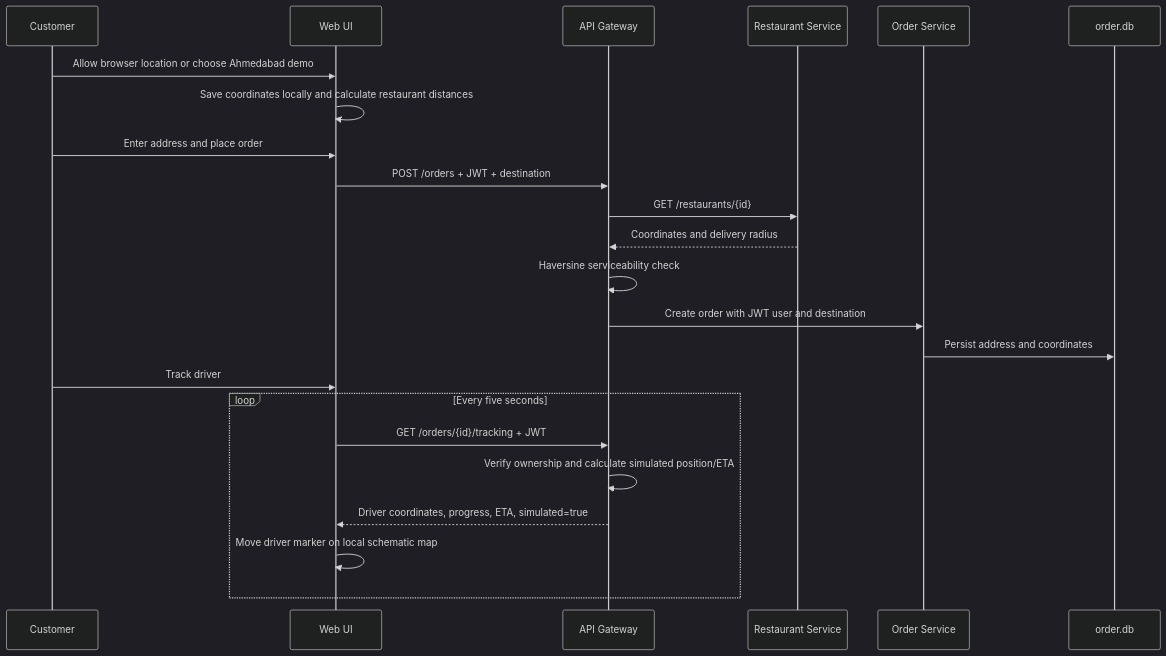
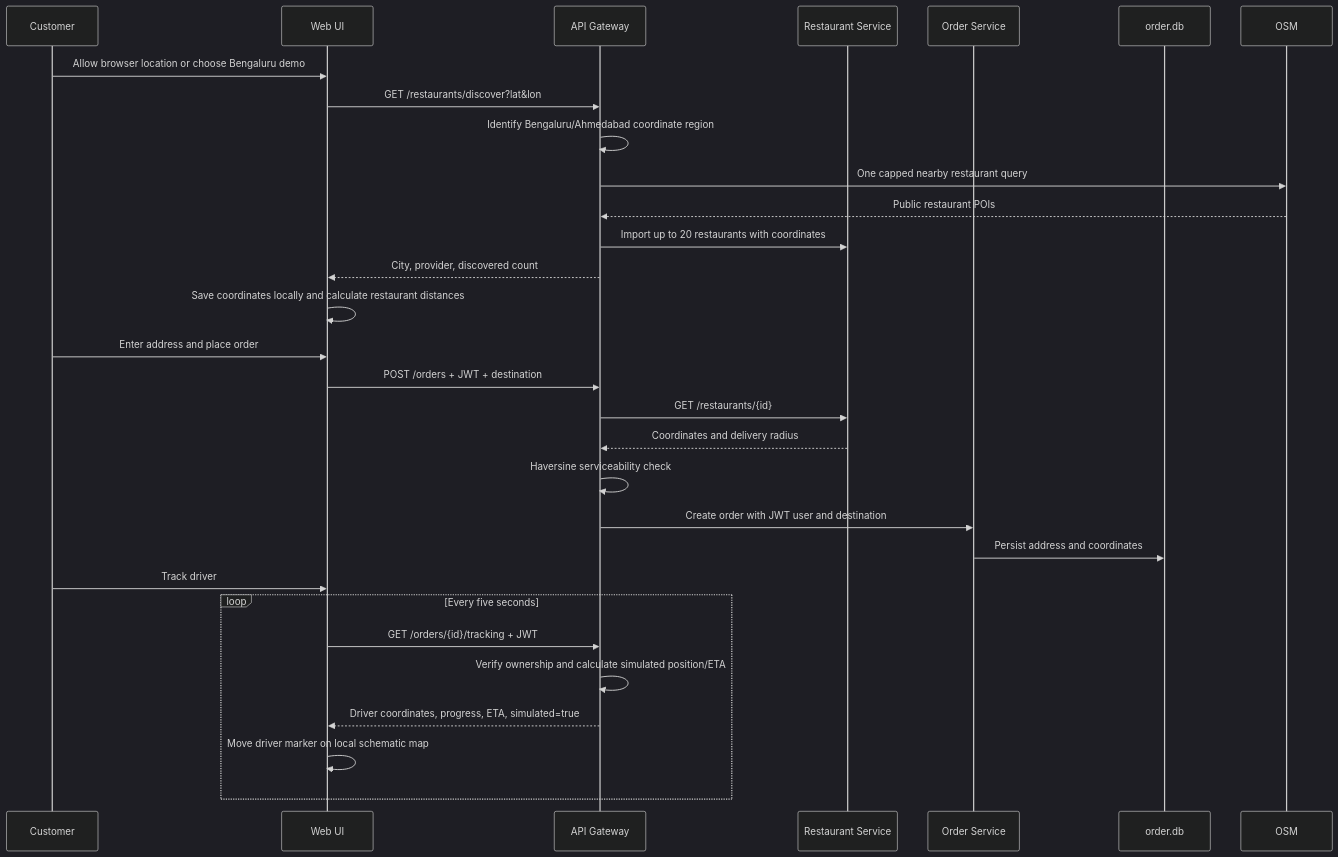
Before and after one commit to Pankil-Mevada/FoodService: the eighth of 8 diagrams in docs/SEQUENCE_DIAGRAMS.md, drawn with Mermaid (dark theme). The commit also changed other lines of this file and 11 other files, not shown here.

Commit message:
discover nearby restaurants from OpenStreetMap

````diff
--- a/docs/SEQUENCE_DIAGRAMS.md
+++ b/docs/SEQUENCE_DIAGRAMS.md
@@ -253,26 +253,32 @@
 ```mermaid
 sequenceDiagram
     participant Customer
     participant UI as Web UI
     participant GW as API Gateway
     participant RS as Restaurant Service
     participant OS as Order Service
     participant ODB as order.db
 
-    Customer->>UI: Allow browser location or choose Ahmedabad demo
+    Customer->>UI: Allow browser location or choose Bengaluru demo
+    UI->>GW: GET /restaurants/discover?lat&lon
+    GW->>GW: Identify Bengaluru/Ahmedabad coordinate region
+    GW->>OSM: One capped nearby restaurant query
+    OSM-->>GW: Public restaurant POIs
+    GW->>RS: Import up to 20 restaurants with coordinates
+    GW-->>UI: City, provider, discovered count
     UI->>UI: Save coordinates locally and calculate restaurant distances
     Customer->>UI: Enter address and place order
     UI->>GW: POST /orders + JWT + destination
     GW->>RS: GET /restaurants/{id}
     RS-->>GW: Coordinates and delivery radius
     GW->>GW: Haversine serviceability check
     GW->>OS: Create order with JWT user and destination
     OS->>ODB: Persist address and coordinates
     Customer->>UI: Track driver
     loop Every five seconds
         UI->>GW: GET /orders/{id}/tracking + JWT
         GW->>GW: Verify ownership and calculate simulated position/ETA
         GW-->>UI: Driver coordinates, progress, ETA, simulated=true
         UI->>UI: Move driver marker on local schematic map
     end
 ```
````
